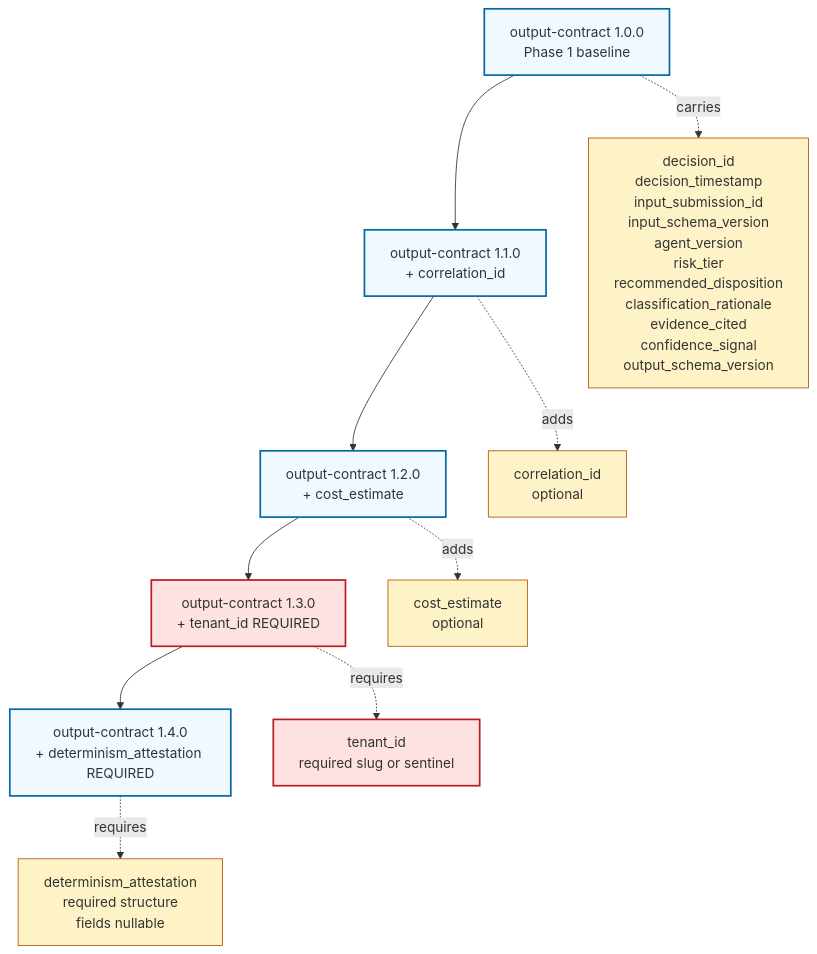
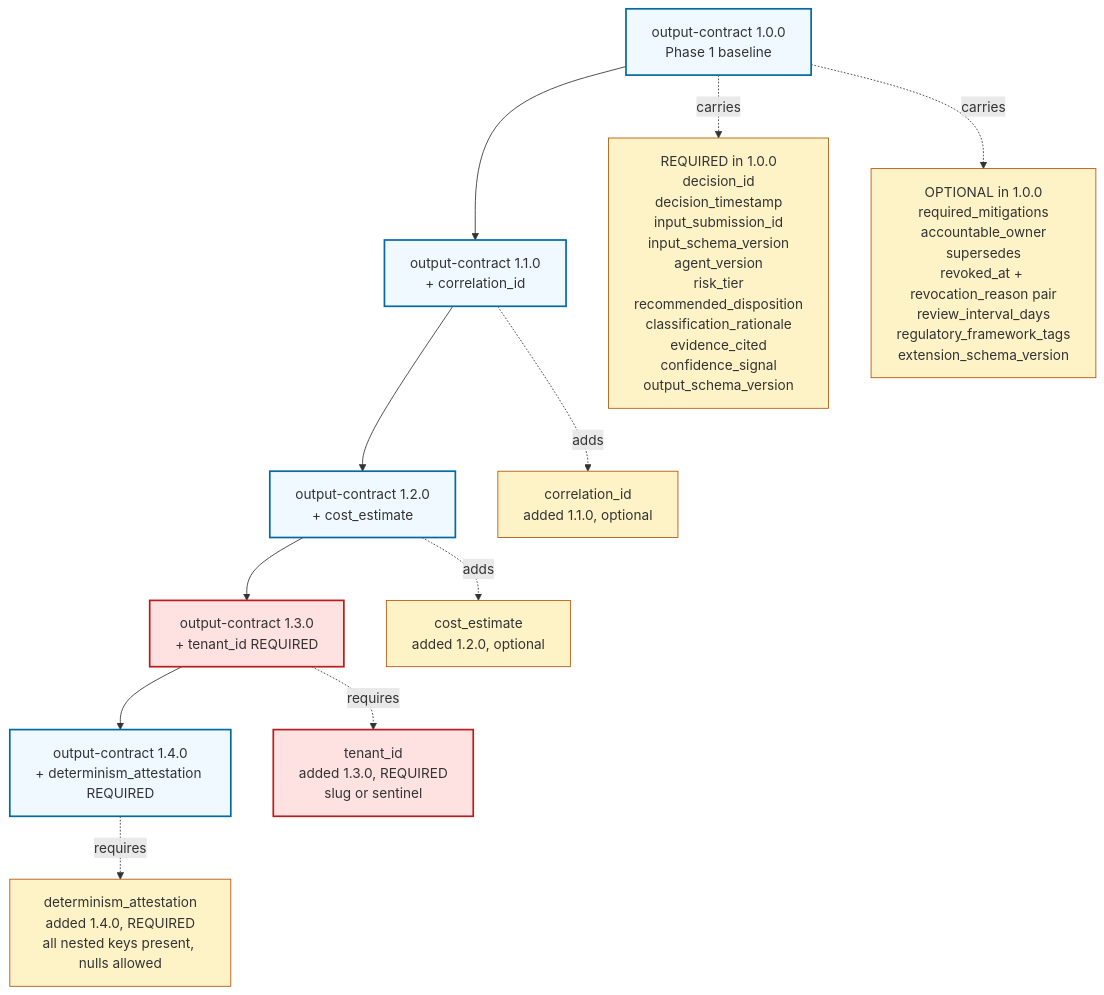
One commit to sitkastack/vendor-risk-triage changed the second of 5 diagrams in docs/data-model.md. Above: the diagram before and after it, drawn with Mermaid. The commit also changed other lines of this file and 2 other files, not shown here.

First line of the commit message:
docs(diagrams): fix all 16 findings from 6-persona review

````diff
--- a/docs/data-model.md
+++ b/docs/data-model.md
@@ -146,29 +149,31 @@
 ```mermaid
 flowchart TB
     classDef contract fill:#f0f9ff,stroke:#0369a1,stroke-width:2px
     classDef field fill:#fef3c7,stroke:#b45309,stroke-width:1px
     classDef breaking fill:#fee2e2,stroke:#b91c1c,stroke-width:2px
 
     V100[output-contract 1.0.0<br/>Phase 1 baseline]:::contract
     V110[output-contract 1.1.0<br/>+ correlation_id]:::contract
     V120[output-contract 1.2.0<br/>+ cost_estimate]:::contract
     V130[output-contract 1.3.0<br/>+ tenant_id REQUIRED]:::breaking
     V140[output-contract 1.4.0<br/>+ determinism_attestation REQUIRED]:::contract
 
-    F_core[decision_id<br/>decision_timestamp<br/>input_submission_id<br/>input_schema_version<br/>agent_version<br/>risk_tier<br/>recommended_disposition<br/>classification_rationale<br/>evidence_cited<br/>confidence_signal<br/>output_schema_version]:::field
-    F_correlation[correlation_id<br/>optional]:::field
-    F_cost[cost_estimate<br/>optional]:::field
-    F_tenant[tenant_id<br/>required slug or sentinel]:::breaking
-    F_attest[determinism_attestation<br/>required structure<br/>fields nullable]:::field
+    F_core_req[REQUIRED in 1.0.0<br/>decision_id<br/>decision_timestamp<br/>input_submission_id<br/>input_schema_version<br/>agent_version<br/>risk_tier<br/>recommended_disposition<br/>classification_rationale<br/>evidence_cited<br/>confidence_signal<br/>output_schema_version]:::field
+    F_core_opt[OPTIONAL in 1.0.0<br/>required_mitigations<br/>accountable_owner<br/>supersedes<br/>revoked_at + revocation_reason pair<br/>review_interval_days<br/>regulatory_framework_tags<br/>extension_schema_version]:::field
+    F_correlation[correlation_id<br/>added 1.1.0, optional]:::field
+    F_cost[cost_estimate<br/>added 1.2.0, optional]:::field
+    F_tenant[tenant_id<br/>added 1.3.0, REQUIRED<br/>slug or sentinel]:::breaking
+    F_attest[determinism_attestation<br/>added 1.4.0, REQUIRED<br/>all nested keys present, nulls allowed]:::field
 
     V100 --> V110
     V110 --> V120
     V120 --> V130
     V130 --> V140
 
-    V100 -.->|carries| F_core
+    V100 -.->|carries| F_core_req
+    V100 -.->|carries| F_core_opt
     V110 -.->|adds| F_correlation
     V120 -.->|adds| F_cost
     V130 -.->|requires| F_tenant
     V140 -.->|requires| F_attest
 ```
````
